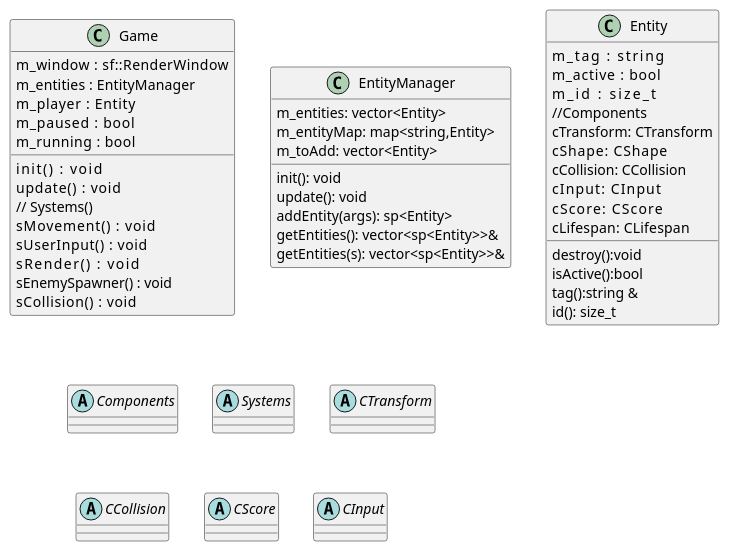
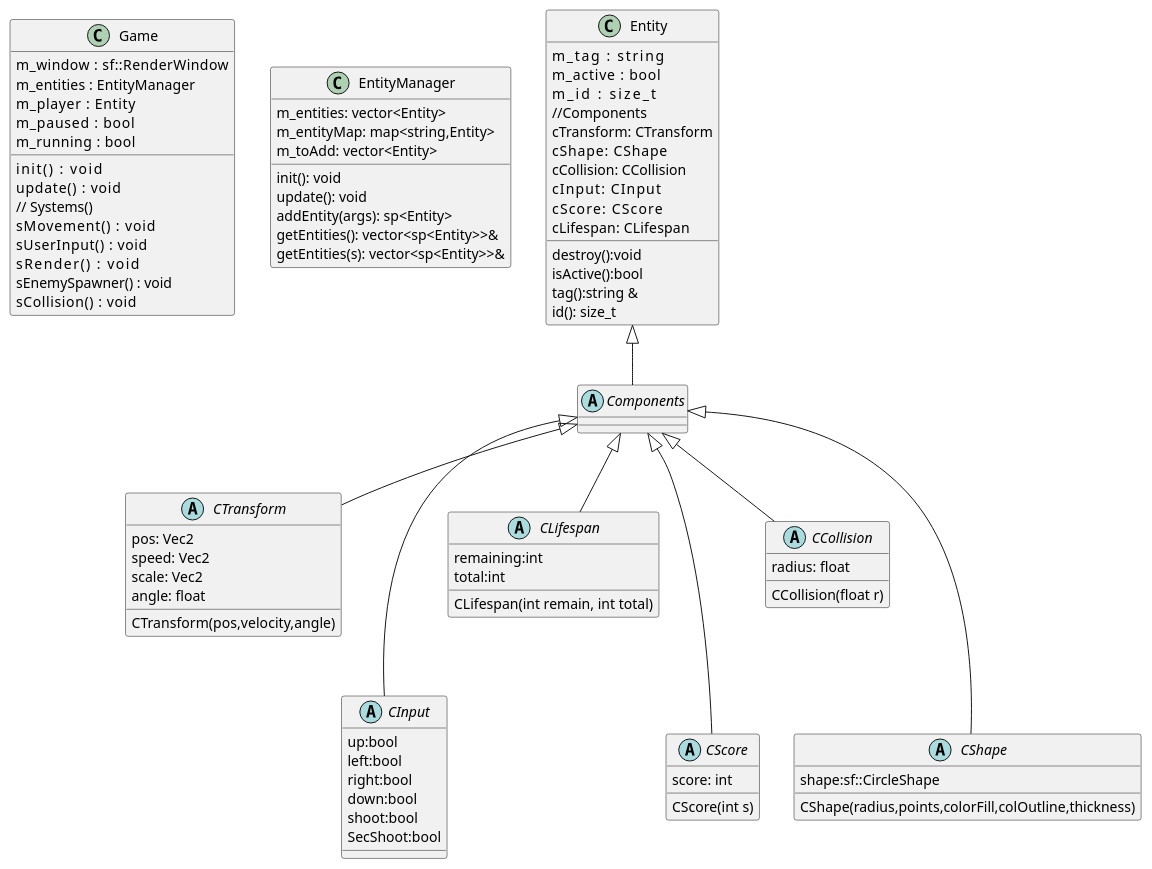
The diagram in EngineStructure.puml (Manoloon/GameEngine2D), drawn with PlantUML before and after one commit. The commit also changed 2 other files, not shown here.

```diff
--- a/EngineStructure.puml
+++ b/EngineStructure.puml
@@ -1,61 +1,101 @@
 @startuml
 'https://plantuml.com/class-diagram
 
 abstract class Game
 abstract class EntityManager
 abstract class Entity
 abstract class Components
-abstract class Systems
 
 abstract CTransform
+{
+pos: Vec2
+speed: Vec2
+scale: Vec2
+angle: float
+CTransform(pos,velocity,angle)
+}
+Entity<|--Components
+Components<|--CTransform
+Components<|---CInput
+Components<|--CLifespan
+Components<|---CScore
+Components<|--CCollision
+Components<|---CShape
 abstract CCollision
+{
+radius: float
+CCollision(float r)
+}
+abstract CLifespan
+{
+remaining:int
+total:int
+CLifespan(int remain, int total)
+}
 abstract CScore
+{
+score: int
+CScore(int s)
+}
+
 abstract CInput
-
+{
+up:bool
+left:bool
+right:bool
+down:bool
+shoot:bool
+SecShoot:bool
+}
+abstract CShape
+{
+shape:sf::CircleShape
+CShape(radius,points,colorFill,colOutline,thickness)
+}
 class Game {
 m_window    : sf::RenderWindow
 m_entities  : EntityManager
 m_player    : Entity
 m_paused    : bool
 m_running   : bool
 init()      : void
 update()    : void
 // Systems()
 sMovement()     : void
 sUserInput()    : void
 sRender()       : void
 sEnemySpawner() : void
 sCollision()    : void
 }
 
 class EntityManager
 {
 m_entities: vector<Entity>
 m_entityMap: map<string,Entity>
 m_toAdd: vector<Entity>
 init(): void
 update(): void
 addEntity(args): sp<Entity>
 getEntities(): vector<sp<Entity>>&
 getEntities(s): vector<sp<Entity>>&
 }
 
 class Entity
 {
 m_tag       : string
 m_active    : bool
 m_id        : size_t
 //Components
 cTransform: CTransform
 cShape:    CShape
 cCollision: CCollision
 cInput:     CInput
 cScore:     CScore
 cLifespan:  CLifespan
 destroy():void
 isActive():bool
 tag():string &
 id(): size_t
 }
 
 @enduml
```
